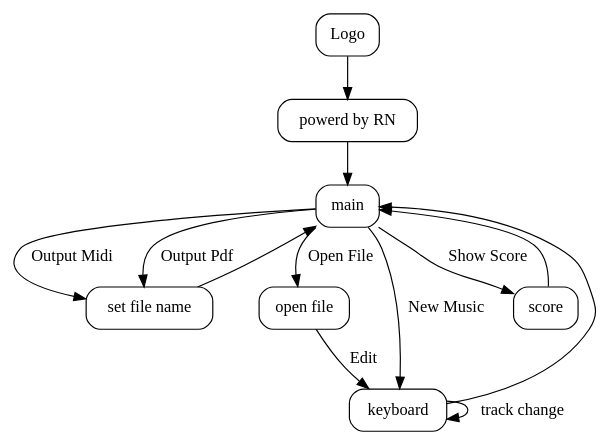
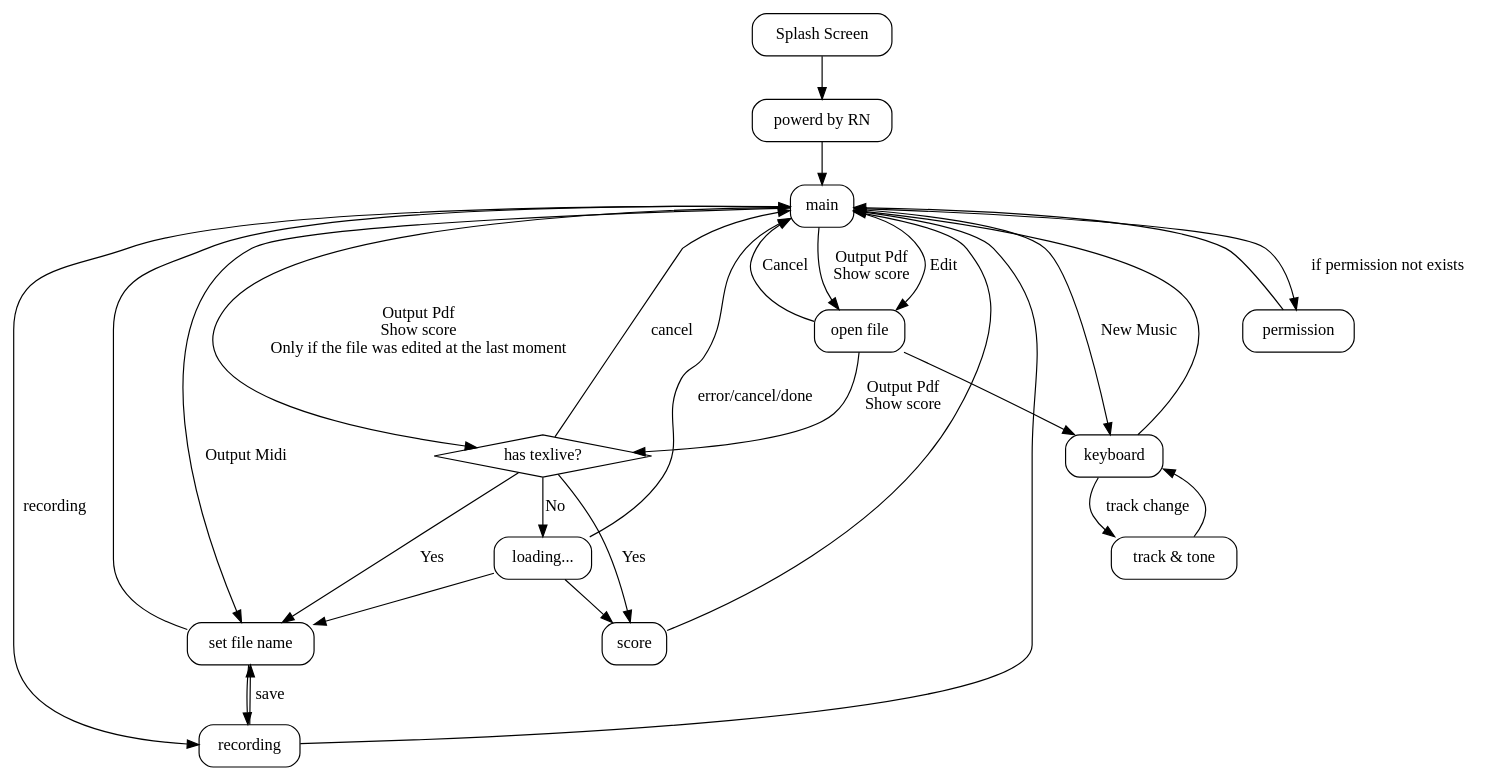
The diagram in doc/view_transition.dot (tyano461/printmidi), drawn with Graphviz before and after one commit. The commit also changed 11 other files, not shown here.

```diff
--- a/doc/view_transition.dot
+++ b/doc/view_transition.dot
@@ -1,26 +1,48 @@
 digraph G {
     rankdir="TD"
     node[shape="box",style="rounded"]
 
-    logo[label="Logo"]
+    logo[label="Splash Screen"]
     rn[label="powerd by RN"]
     main[label="main"]
     file[label="set file name"]
     ofile[label="open file"]
     kbd[label="keyboard"]
     score[label="score"]
+    dl[label="loading..."]
+    tex[label="has texlive?", shape="diamond", style=""]
+    track[label="track & tone"]
+    auth[label="permission"]
+
+    rec[label="recording"]
 
     logo -> rn
     rn -> main
+    main -> auth[label="if permission not exists"]
+    auth -> main
     main -> file[label="Output Midi"]
-    main -> file[label="Output Pdf"]
+    main -> ofile[label="Output Pdf\nShow score"]
+    main -> tex[label="Output Pdf\nShow score\nOnly if the file was edited at the last moment"]
+    ofile -> tex[label="Output Pdf\nShow score"]
+    tex-> main[label="cancel"]
+    tex -> dl[label="No"]
+    tex -> file[label="Yes"]
+    tex -> score[label="Yes"]
+    main->rec[label="recording"]
+    rec -> file[label="save"]
+    file -> rec
+    rec -> main
+    dl -> file
+    dl -> score
+    dl -> main[label="error/cancel/done"]
     file -> main
     main -> kbd[label="New Music"]
-    main -> ofile[label="Open File"]
-    ofile -> kbd [label="Edit"]
+    main -> ofile[label="Edit"]
+    ofile -> main[label="Cancel"]
+    ofile -> kbd
     kbd -> main
-    kbd -> kbd[label="track change"]
-    main -> score[label="Show Score"]
+    kbd -> track[label="track change"]
+    track -> kbd
     score -> main
 
 }
```
